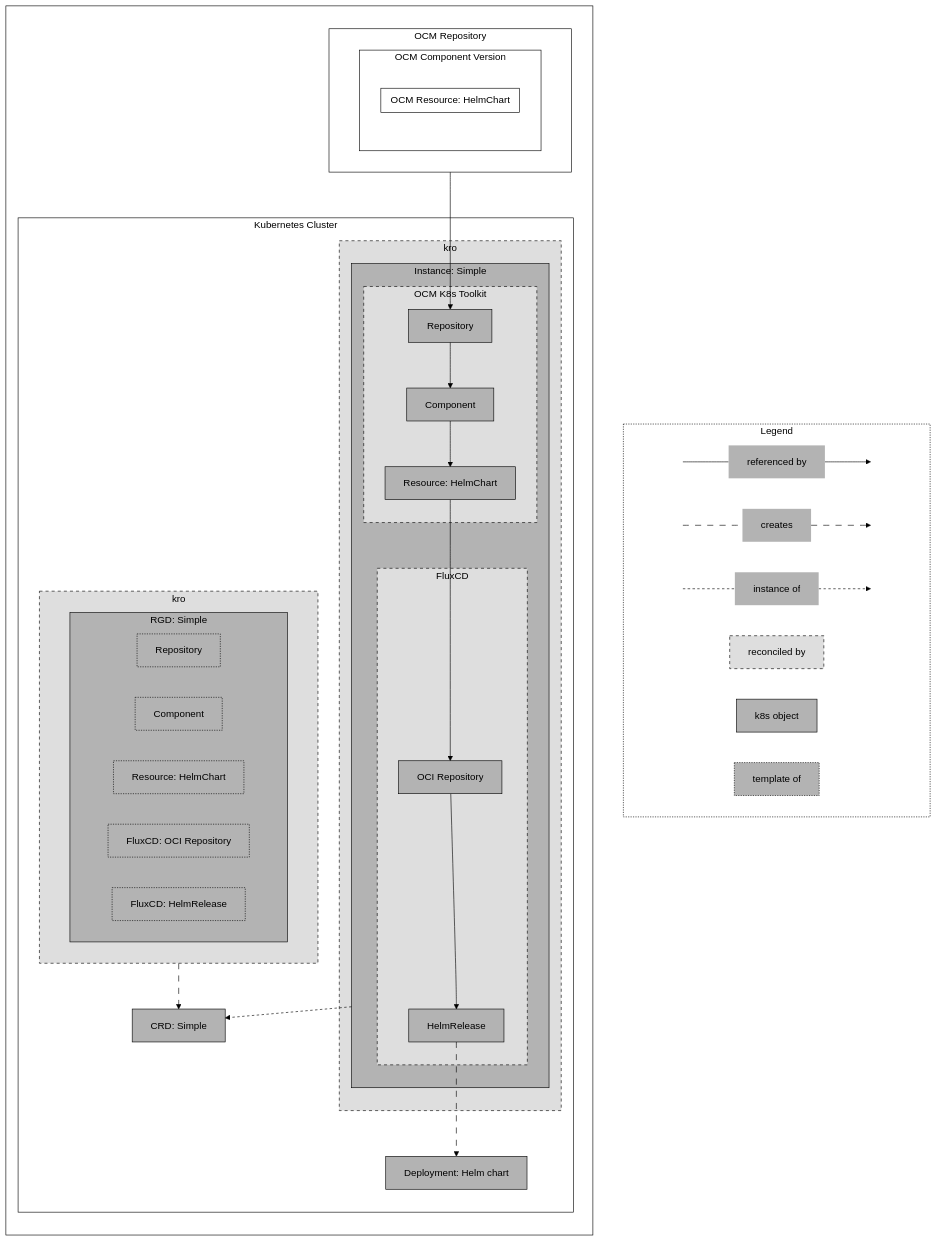
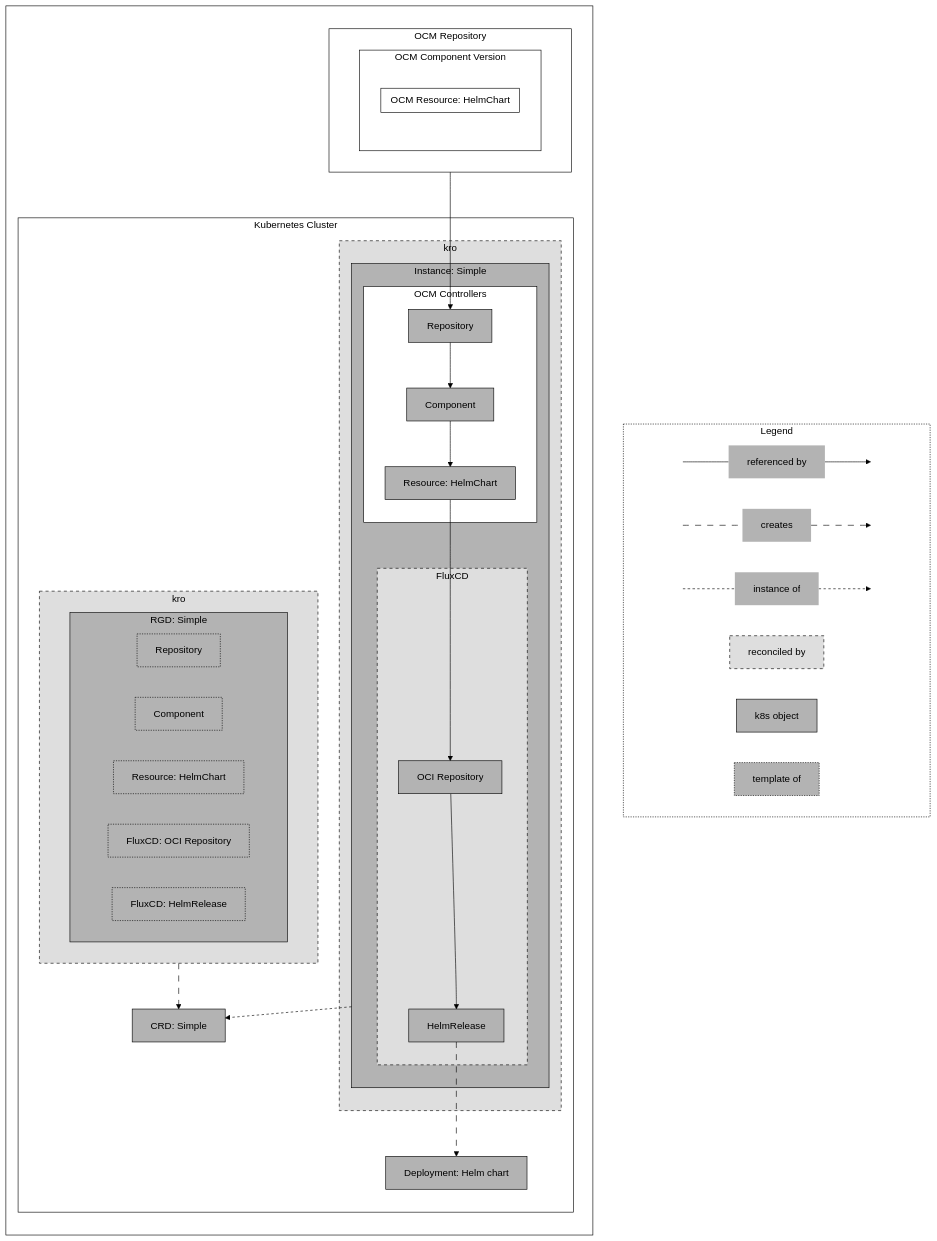
Before and after one commit to open-component-model/ocm-website: the diagram in content/docs/getting-started/ocm-controllers/introduction.md, drawn with Mermaid (forest theme). The commit also changed other lines of this file and 3 other files, not shown here.

First line of the commit message:
fix: update documentation to replace 'OCM K8s Toolkit' with 'OCM Controllers' for consistency

````diff
--- a/content/docs/getting-started/ocm-controllers/introduction.md
+++ b/content/docs/getting-started/ocm-controllers/introduction.md
@@ -51,72 +51,72 @@
 ```mermaid
 flowchart TB
     classDef cluster fill:white,color:black,stroke:black;
     classDef reconciledBy fill:#dedede,stroke:black,stroke-dasharray: 5,color:black;
     classDef k8sObject fill:#b3b3b3,color:black,stroke:black;
     classDef information fill:#b3b3b3,color:black,stroke:black,stroke-dasharray: 2;
     classDef ocm fill:white,stroke:black,color:black;
     classDef legendStyle fill:white,stroke:black,color:black,stroke-dasharray: 2;
     classDef legendStartEnd height:0px;
     classDef legendItems fill:#b3b3b3,stroke:none,color:black;
 
     subgraph legend[Legend]
         start1[ ] ---references[referenced by] --> end1[ ]
         start2[ ] -.-creates -.-> end2[ ]
         start3[ ] ---instanceOf[instance of] --> end3[ ]
         start4[ ] ~~~reconciledBy[reconciled by] ~~~ end4[ ]
         start5[ ] ~~~k8sObject[k8s object] ~~~ end5[ ]
         start6[ ] ~~~templateOf[template of] ~~~ end6[ ]
     end
 
     subgraph background[ ]
         direction TB
 
         subgraph ocmRepo[OCM Repository]
            subgraph ocmCV[OCM Component Version]
                subgraph ocmResource[OCM Resource: HelmChart]
                end
            end
         end
 
         subgraph k8sCluster[Kubernetes Cluster]
             subgraph kroRGD[kro]
                 subgraph rgd[RGD: Simple]
                     direction LR
                     rgdRepository[Repository]
                     rgdComponent[Component]
                     rgdResourceHelm[Resource: HelmChart]
                     rgdSource[FluxCD: OCI Repository]
                     rgdHelmRelease[FluxCD: HelmRelease]
                 end
             end
             subgraph kroInstance[kro]
                 subgraph instanceSimple[Instance: Simple]
-                    subgraph ocmK8sToolkit[OCM K8s Toolkit]
+                    subgraph ocmControllers[OCM Controllers]
                         k8sRepo[Repository] --> k8sComponent[Component] --> k8sResource[Resource: HelmChart]
                     end
                     subgraph fluxCD[FluxCD]
                         source[OCI Repository] --> helmRelease[HelmRelease]
                     end
                     k8sResource --> source
                 end
             end
             kroRGD & instanceSimple --> crdSimple[CRD: Simple]
             helmRelease --> deployment[Deployment: Helm chart]
         end
 
         ocmRepo --> k8sRepo
     end
 
     linkStyle default fill:none,stroke:black;
     linkStyle 2,3,16,18 stroke:black,stroke-dasharray: 10;
     linkStyle 4,5,17 stroke:black,stroke-dasharray: 4;
 
     class start1,end1,start2,end2,start3,end3,start4,end4,start5,end5,start6,end6 legendStartEnd;
     class references,creates,instanceOf legendItems;
     class templateOf,rgdRepository,rgdComponent,rgdResourceHelm,rgdSource,rgdHelmRelease information;
     class reconciledBy,ocmK8sToolkit,fluxCD,kroRGD,kroInstance reconciledBy;
     class k8sObject,rgd,k8sRepo,k8sComponent,k8sResource,source,helmRelease,deployment,crdSimple,instanceSimple k8sObject;
     class ocmRepo,ocmCV,ocmResource ocm;
     class k8sCluster cluster;
     class legend legendStyle;
 ```
````
